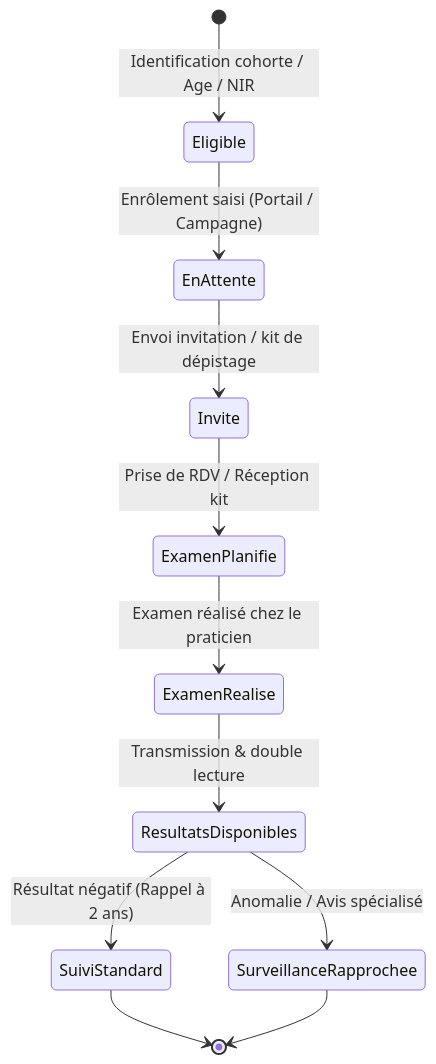
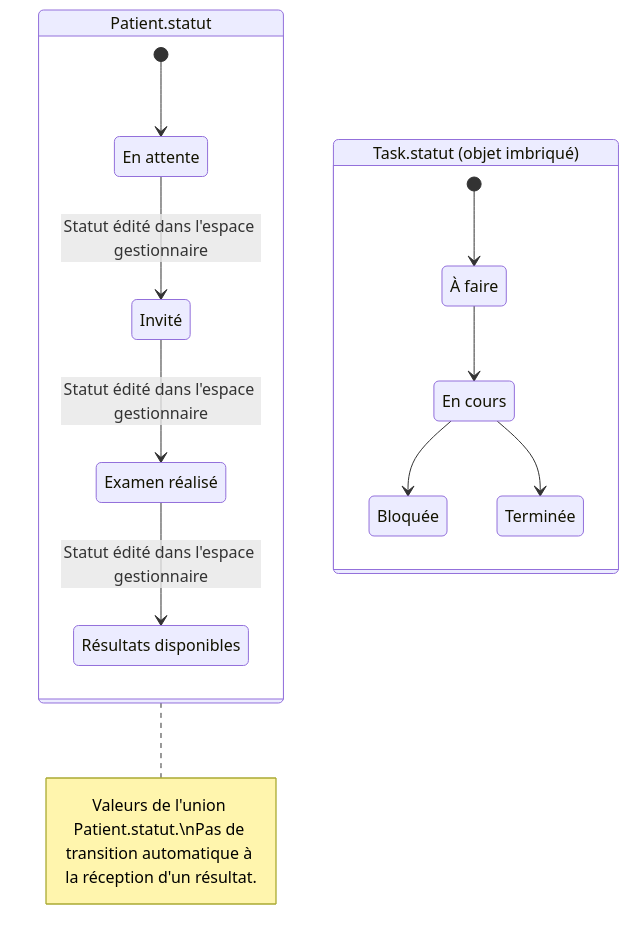
The fifth of 5 diagrams in docs/ARCHITECTURE.md (quangfr/esis), drawn with Mermaid before and after one commit. The commit also changed other lines of this file and 2 other files, not shown here.

Commit message:
docs: align ESIS flows with implemented workflows

````diff
--- a/docs/ARCHITECTURE.md
+++ b/docs/ARCHITECTURE.md
@@ -525,13 +542,25 @@
 ```mermaid
 stateDiagram-v2
-    [*] --> Eligible: Identification cohorte / Age / NIR
-    Eligible --> EnAttente: Enrôlement saisi (Portail / Campagne)
-    EnAttente --> Invite: Envoi invitation / kit de dépistage
-    Invite --> ExamenPlanifie: Prise de RDV / Réception kit
-    ExamenPlanifie --> ExamenRealise: Examen réalisé chez le praticien
-    ExamenRealise --> ResultatsDisponibles: Transmission & double lecture
-    ResultatsDisponibles --> SuiviStandard: Résultat négatif (Rappel à 2 ans)
-    ResultatsDisponibles --> SurveillanceRapprochee: Anomalie / Avis spécialisé
-    SuiviStandard --> [*]
-    SurveillanceRapprochee --> [*]
+    state "Patient.statut" as PatientStatus {
+        [*] --> EnAttente
+        EnAttente: En attente
+        EnAttente --> Invite: Statut édité dans l'espace gestionnaire
+        Invite: Invité
+        Invite --> ExamenRealise: Statut édité dans l'espace gestionnaire
+        ExamenRealise: Examen réalisé
+        ExamenRealise --> ResultatsDisponibles: Statut édité dans l'espace gestionnaire
+        ResultatsDisponibles: Résultats disponibles
+    }
+    note right of PatientStatus: Valeurs de l'union Patient.statut.\nPas de transition automatique à la réception d'un résultat.
+
+    state "Task.statut (objet imbriqué)" as TaskStatus {
+        [*] --> Afaire
+        Afaire: À faire
+        Afaire --> EnCours
+        EnCours: En cours
+        EnCours --> Bloquee
+        Bloquee: Bloquée
+        EnCours --> Terminee
+        Terminee: Terminée
+    }
 ```
````
